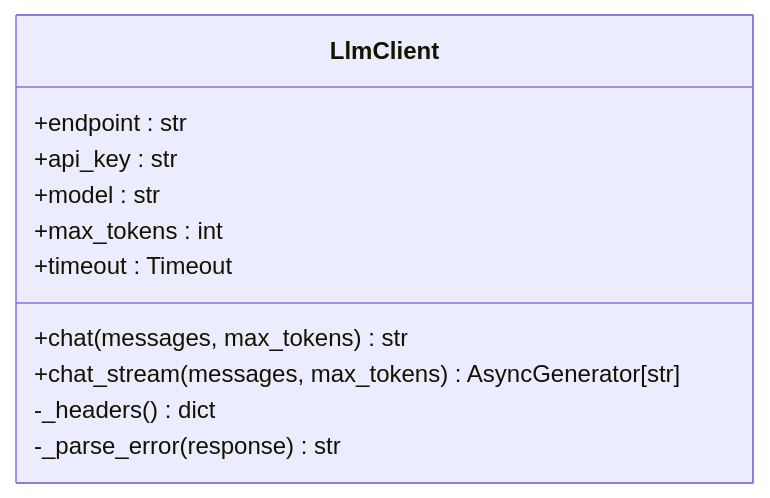
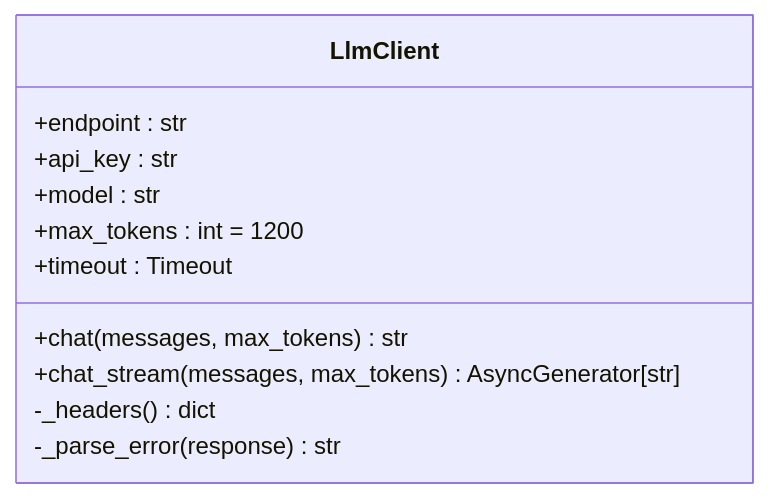
One commit to leo21cn/real-time-talk changed the third of 10 diagrams in .qoder/repowiki/zh/content/后端服务/Agent 引擎设计/LLM 服务集成.md. Above: the diagram before and after it, drawn with Mermaid. The commit also changed other lines of this file and 9 other files, not shown here.

````diff
--- a/.qoder/repowiki/zh/content/后端服务/Agent 引擎设计/LLM 服务集成.md
+++ b/.qoder/repowiki/zh/content/后端服务/Agent 引擎设计/LLM 服务集成.md
@@ -186,14 +199,14 @@
 ```mermaid
 classDiagram
 class LlmClient {
 +endpoint : str
 +api_key : str
 +model : str
-+max_tokens : int
++max_tokens : int = 1200
 +timeout : Timeout
 +chat(messages, max_tokens) str
 +chat_stream(messages, max_tokens) AsyncGenerator[str]
 -_headers() dict
 -_parse_error(response) str
 }
 ```
````
